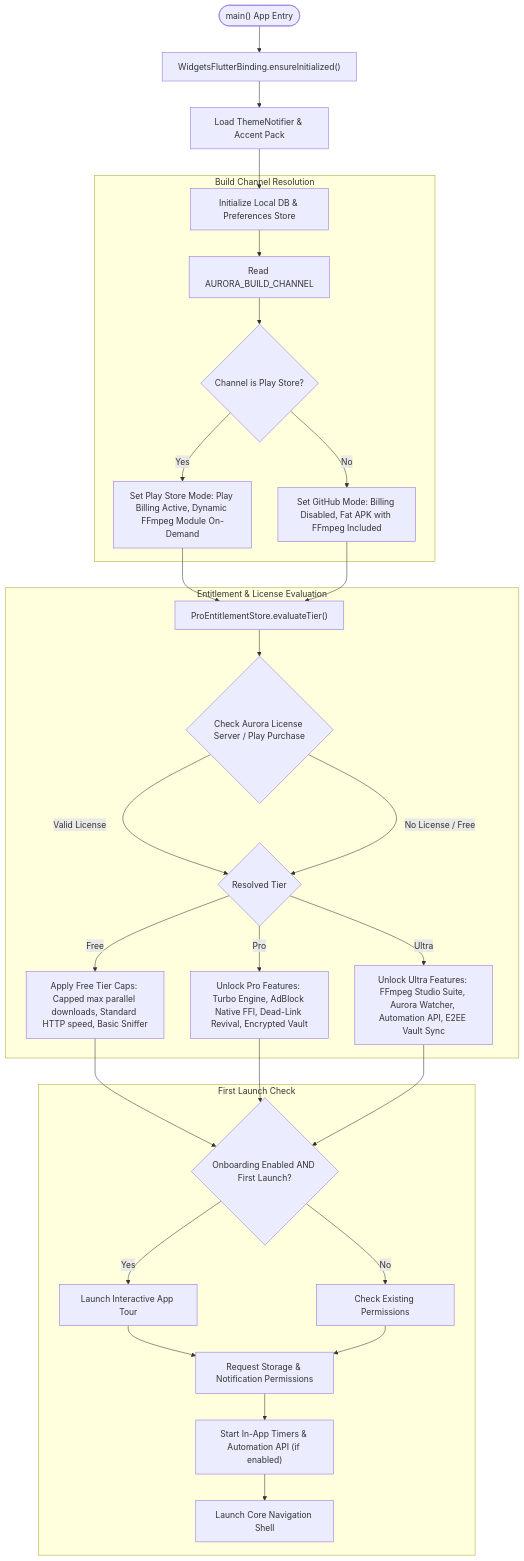
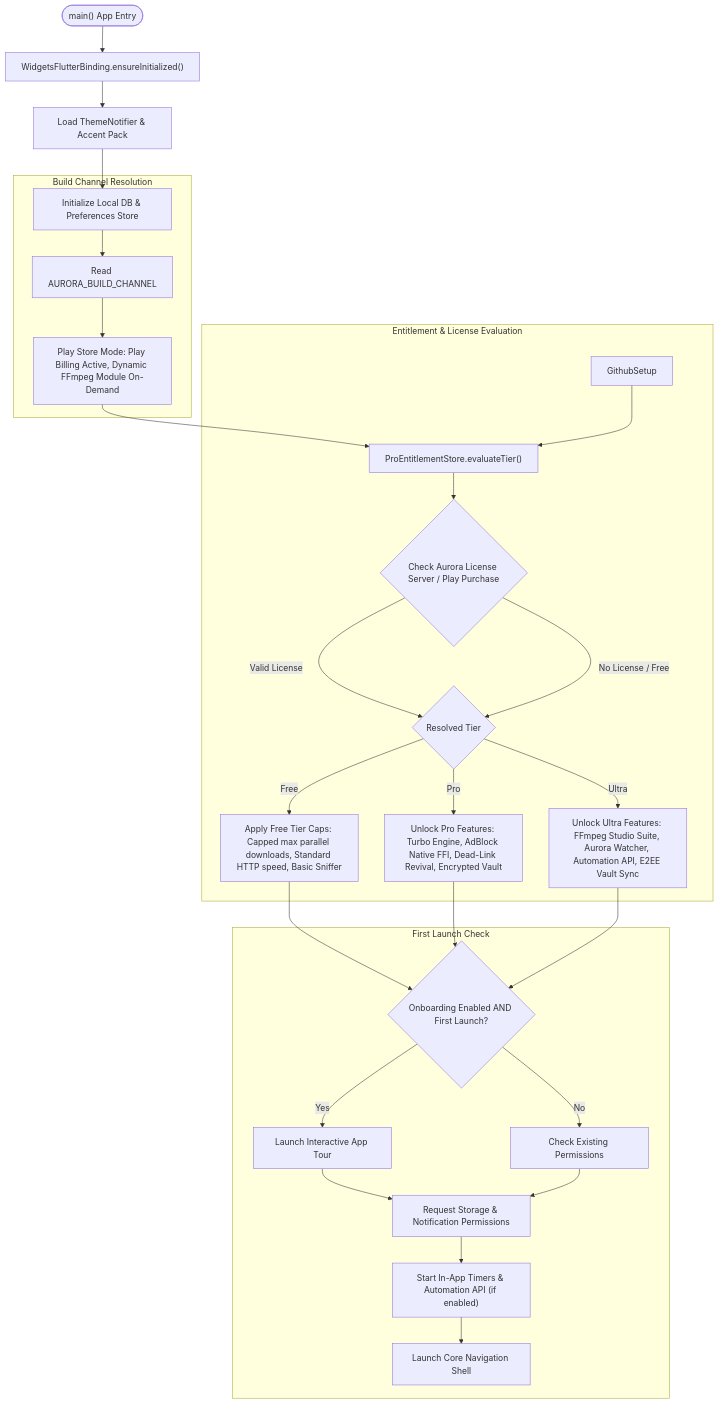
The second of 3 diagrams in README.md (52191314/mobile-downloader-browser), drawn with Mermaid before and after one commit. The commit also changed other lines of this file and 1 other file, not shown here.

Commit message:
docs: Play release-note language tags; README cleanup (no community sections, Play-only channels)

````diff
--- a/README.md
+++ b/README.md
@@ -99,38 +99,36 @@
 ```mermaid
 flowchart TD
     Start(["main() App Entry"]) --> InitFlutter["WidgetsFlutterBinding.ensureInitialized()"]
     InitFlutter --> LoadTheme["Load ThemeNotifier & Accent Pack"]
     LoadTheme --> InitDB["Initialize Local DB & Preferences Store"]
 
     subgraph ChannelResolution ["Build Channel Resolution"]
         InitDB --> ReadChannel["Read AURORA_BUILD_CHANNEL"]
-        ReadChannel --> IsPlay{"Channel is Play Store?"}
-        IsPlay -- Yes --> PlaySetup["Set Play Store Mode: Play Billing Active, Dynamic FFmpeg Module On-Demand"]
-        IsPlay -- No --> GithubSetup["Set GitHub Mode: Billing Disabled, Fat APK with FFmpeg Included"]
+        ReadChannel --> PlaySetup["Play Store Mode: Play Billing Active, Dynamic FFmpeg Module On-Demand"]
     end
 
     subgraph LicenseCheck ["Entitlement & License Evaluation"]
         PlaySetup --> EvalTier["ProEntitlementStore.evaluateTier()"]
         GithubSetup --> EvalTier
         EvalTier --> LicenseServerCheck{"Check Aurora License Server / Play Purchase"}
         LicenseServerCheck -- Valid License --> TierResult{"Resolved Tier"}
         LicenseServerCheck -- No License / Free --> TierResult
 
         TierResult -- Free --> FreeLimits["Apply Free Tier Caps: Capped max parallel downloads, Standard HTTP speed, Basic Sniffer"]
         TierResult -- Pro --> ProUnlocks["Unlock Pro Features: Turbo Engine, AdBlock Native FFI, Dead-Link Revival, Encrypted Vault"]
         TierResult -- Ultra --> UltraUnlocks["Unlock Ultra Features: FFmpeg Studio Suite, Aurora Watcher, Automation API, E2EE Vault Sync"]
     end
 
     subgraph OnboardingFlow ["First Launch Check"]
         FreeLimits --> CheckFirstLaunch{"Onboarding Enabled AND First Launch?"}
         ProUnlocks --> CheckFirstLaunch
         UltraUnlocks --> CheckFirstLaunch
 
         CheckFirstLaunch -- Yes --> TourPage["Launch Interactive App Tour"]
         TourPage --> RequestPermissions["Request Storage & Notification Permissions"]
         CheckFirstLaunch -- No --> CheckPerms["Check Existing Permissions"]
         CheckPerms --> RequestPermissions
         RequestPermissions --> StartServices["Start In-App Timers & Automation API (if enabled)"]
         StartServices --> LaunchShell["Launch Core Navigation Shell"]
     end
 ```
````
